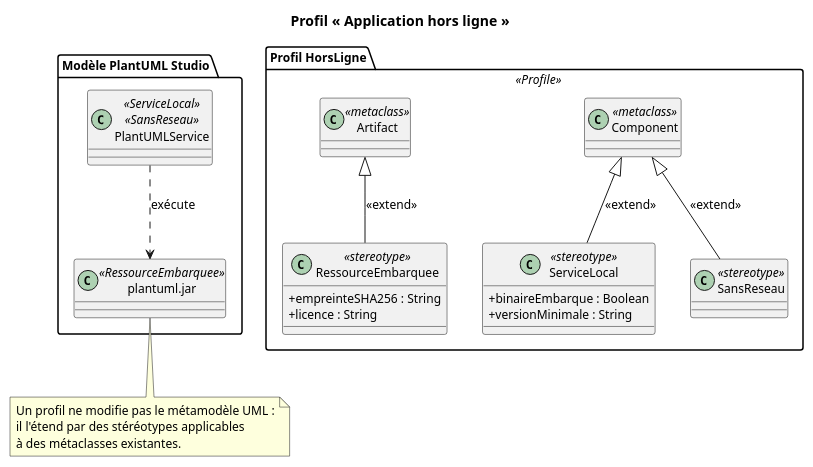
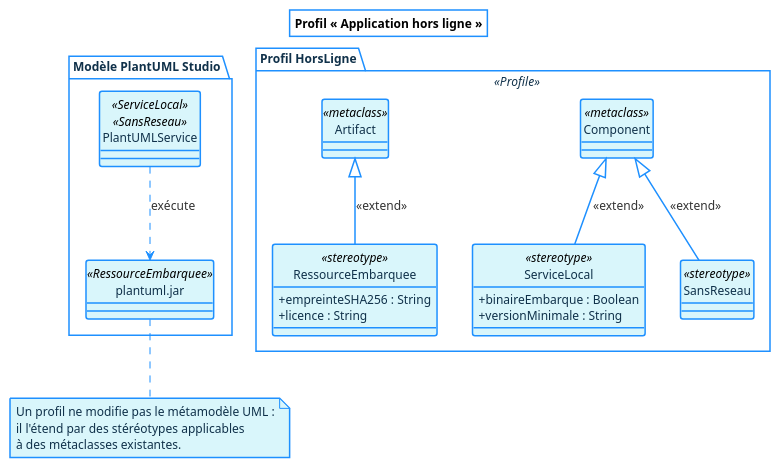
One commit to STALKER1709/PLANTUMLStudio changed the diagram in templates/07-diagramme-profil.puml. Above: the diagram before and after it, drawn with PlantUML. The commit also changed 16 other files, not shown here.

```diff
--- a/templates/07-diagramme-profil.puml
+++ b/templates/07-diagramme-profil.puml
@@ -3,51 +3,97 @@
 @startuml
 title Profil « Application hors ligne »
 
-skinparam defaultFontName "Segoe UI"
-skinparam defaultFontSize 12
+' ── Formalisme commun — voir docs/formalisme.md ──────────────────────
+' Palette : fond cyan clair, bordures et flèches bleues, têtes d'acteurs
+' en jaune pâle. Les états initiaux et finaux restent des cercles pleins.
+<style>
+root {
+  FontName "Segoe UI"
+  FontSize 12
+  BackGroundColor #FFFFFF
+  LineColor #1E90FF
+  LineThickness 1.5
+}
+element {
+  BackGroundColor #D9F6FB
+  LineColor #1E90FF
+  FontColor #10314A
+}
+arrow {
+  LineColor #1E90FF
+  FontColor #333333
+}
+activityDiagram {
+  circle {
+    BackGroundColor #1E90FF
+    LineColor #1E90FF
+  }
+}
+stateDiagram {
+  circle {
+    BackGroundColor #1E90FF
+    LineColor #1E90FF
+  }
+}
+</style>
 skinparam shadowing false
+' Les conteneurs (cadre système, paquetages, nœuds) restent transparents :
+' seuls les éléments qu'ils portent sont colorés, comme dans le formalisme de
+' référence.
+skinparam rectangleBackgroundColor transparent
+skinparam packageBackgroundColor transparent
+skinparam nodeBackgroundColor transparent
+skinparam folderBackgroundColor transparent
+skinparam frameBackgroundColor transparent
+skinparam cloudBackgroundColor transparent
+skinparam actorBackgroundColor #FFF6B0
+skinparam actorBorderColor #1E90FF
+' Marqueurs de visibilité littéraux + - # plutôt que des icônes colorées
 skinparam classAttributeIconSize 0
+' « Il est représenté par un dossier avec son nom à l'intérieur »
 skinparam packageStyle folder
+' Pointes de flèches UML strictes : synchrone, asynchrone, retour
+skinparam style strictuml
 
 ' Formalisme retenu, par extension de celui du diagramme de classes :
 '   - une métaclasse est une classe portant le stéréotype <<metaclass>> ;
 '   - un stéréotype est une classe portant le stéréotype <<stereotype>> ;
 '   - ses attributs sont les valeurs marquées (tagged values) ;
 '   - l'extension se note par une flèche d'héritage étiquetée <<extend>>.
 package "Profil HorsLigne" <<Profile>> {
 
   class Component <<metaclass>>
   class Artifact <<metaclass>>
 
   class ServiceLocal <<stereotype>> {
     + binaireEmbarque : Boolean
     + versionMinimale : String
   }
 
   class RessourceEmbarquee <<stereotype>> {
     + empreinteSHA256 : String
     + licence : String
   }
 
   class SansReseau <<stereotype>>
 
   ServiceLocal -up-|> Component : <<extend>>
   RessourceEmbarquee -up-|> Artifact : <<extend>>
   SansReseau -up-|> Component : <<extend>>
 }
 
 ' Application du profil : les éléments modélisés portent les stéréotypes définis.
 package "Modèle PlantUML Studio" {
   class PlantUMLService <<ServiceLocal>> <<SansReseau>>
   class "plantuml.jar" as Jar <<RessourceEmbarquee>>
 
   PlantUMLService ..> Jar : exécute
 }
 
 note bottom
   Un profil ne modifie pas le métamodèle UML :
   il l'étend par des stéréotypes applicables
   à des métaclasses existantes.
 end note
 
 @enduml
```
